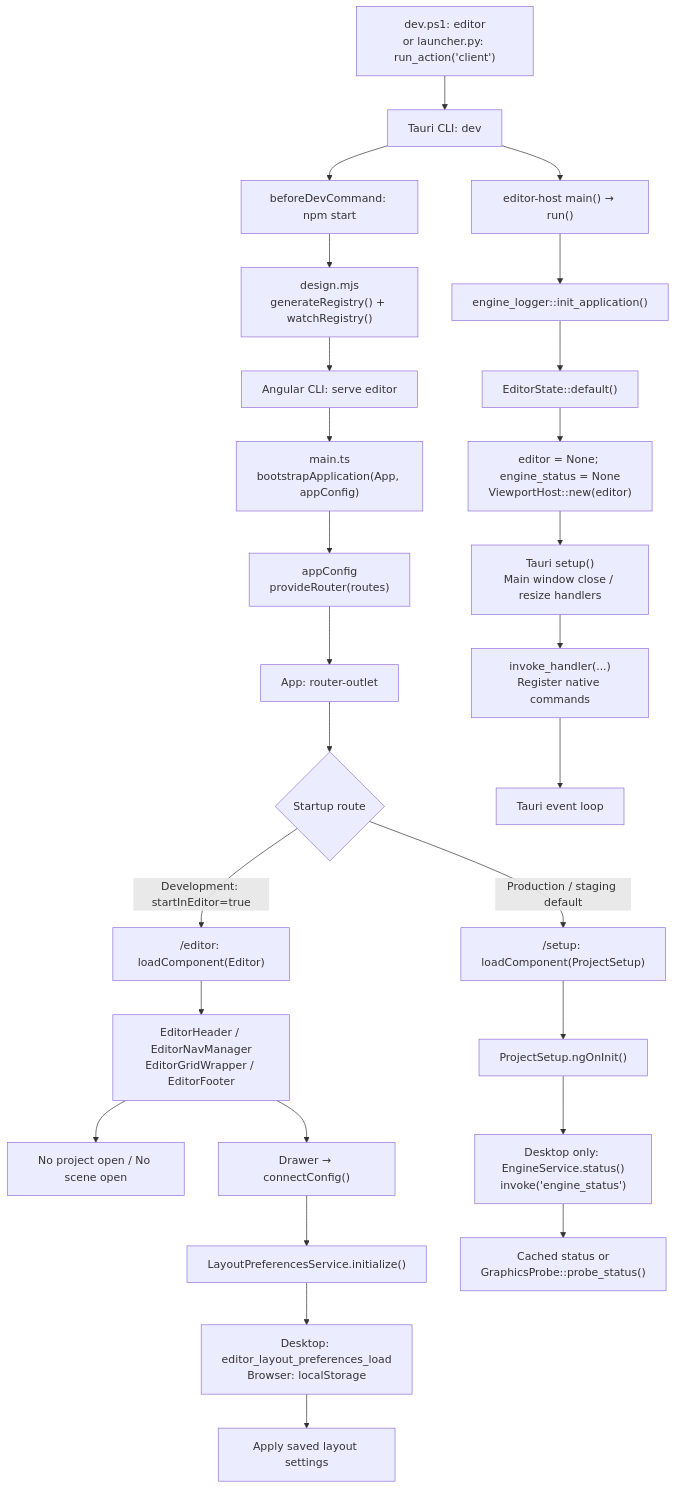
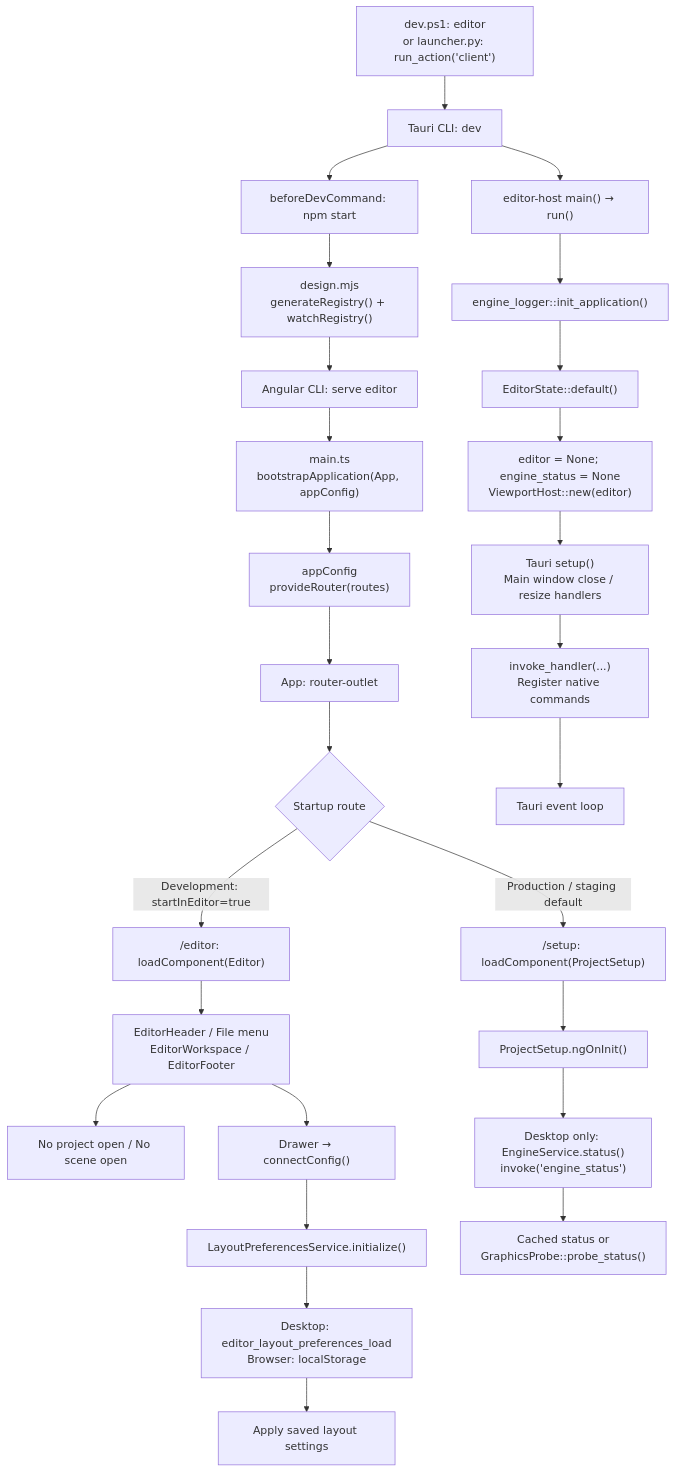
One commit to MishaYanov/GameEngine changed the first of 10 diagrams in docs/editor-flow.md. Above: the diagram before and after it, drawn with Mermaid. The commit also changed other lines of this file and 182 other files, not shown here.

Commit message:
feat(editor): build native Vulkan scene authoring workspace

````diff
--- a/docs/editor-flow.md
+++ b/docs/editor-flow.md
@@ -33,33 +28,33 @@
 ```mermaid
 flowchart TD
     A["dev.ps1: editor<br/>or launcher.py: run_action('client')"]
     A --> B["Tauri CLI: dev"]
     B --> C["beforeDevCommand: npm start"]
     C --> D["design.mjs<br/>generateRegistry() + watchRegistry()"]
     D --> E["Angular CLI: serve editor"]
     E --> F["main.ts<br/>bootstrapApplication(App, appConfig)"]
     F --> G["appConfig<br/>provideRouter(routes)"]
     G --> H["App: router-outlet"]
     H --> I{"Startup route"}
     I -->|"Development: startInEditor=true"| J["/editor: loadComponent(Editor)"]
     I -->|"Production / staging default"| K["/setup: loadComponent(ProjectSetup)"]
 
     B --> L["editor-host main() → run()"]
     L --> M["engine_logger::init_application()"]
     M --> N["EditorState::default()"]
     N --> O["editor = None; engine_status = None<br/>ViewportHost::new(editor)"]
     O --> P["Tauri setup()<br/>Main window close / resize handlers"]
     P --> Q["invoke_handler(...)<br/>Register native commands"]
     Q --> R["Tauri event loop"]
 
-    J --> S["EditorHeader / EditorNavManager<br/>EditorGridWrapper / EditorFooter"]
+    J --> S["EditorHeader / File menu<br/>EditorWorkspace / EditorFooter"]
     S --> T["No project open / No scene open"]
     S --> U["Drawer → connectConfig()"]
     U --> V["LayoutPreferencesService.initialize()"]
     V --> W["Desktop: editor_layout_preferences_load<br/>Browser: localStorage"]
     W --> X["Apply saved layout settings"]
 
     K --> Y["ProjectSetup.ngOnInit()"]
     Y --> Z["Desktop only: EngineService.status()<br/>invoke('engine_status')"]
     Z --> AA["Cached status or<br/>GraphicsProbe::probe_status()"]
 ```
````
